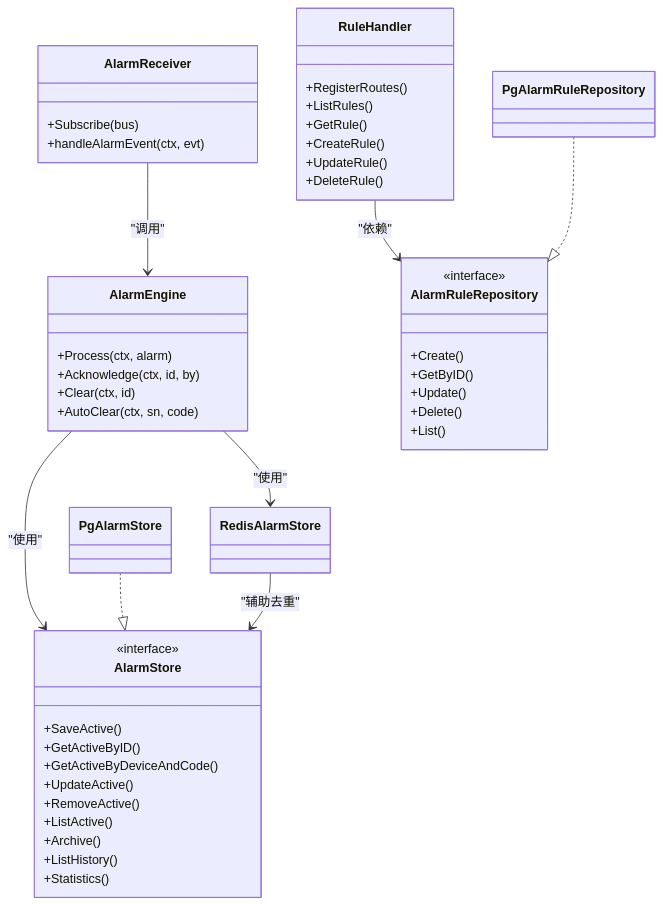
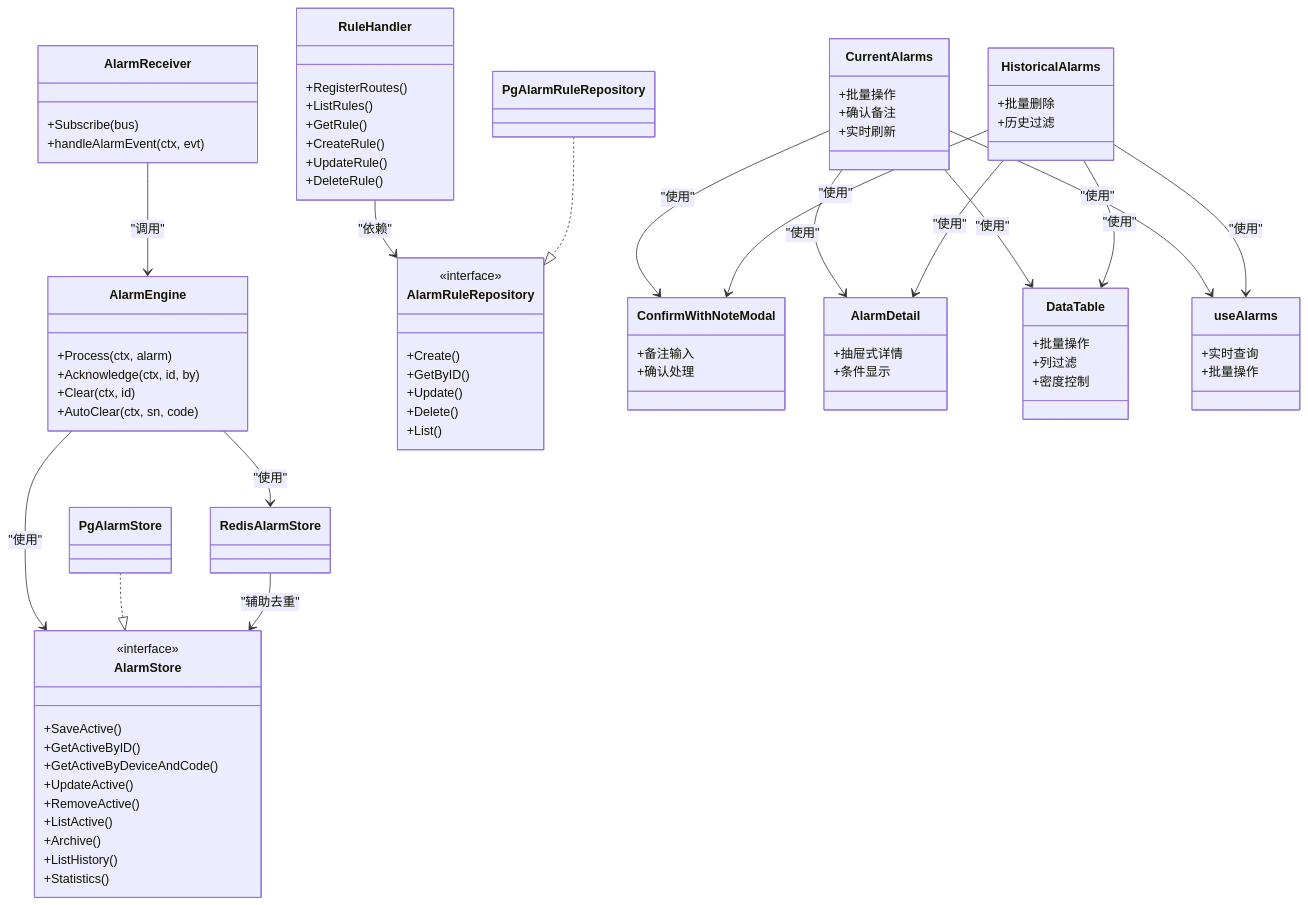
Before and after one commit to bixinhaner/xomc: the fifth of 5 diagrams in .qoder/repowiki/zh/content/核心模块/告警管理模块/告警管理模块.md, drawn with Mermaid. The commit also changed other lines of this file and 4 other files, not shown here.

````diff
--- a/.qoder/repowiki/zh/content/核心模块/告警管理模块/告警管理模块.md
+++ b/.qoder/repowiki/zh/content/核心模块/告警管理模块/告警管理模块.md
@@ -270,4 +424,38 @@
 RedisAlarmStore --> AlarmStore : "辅助去重"
 RuleHandler --> AlarmRuleRepository : "依赖"
 PgAlarmRuleRepository ..|> AlarmRuleRepository
+class CurrentAlarms {
++批量操作
++确认备注
++实时刷新
+}
+class HistoricalAlarms {
++批量删除
++历史过滤
+}
+class ConfirmWithNoteModal {
++备注输入
++确认处理
+}
+class AlarmDetail {
++抽屉式详情
++条件显示
+}
+class DataTable {
++批量操作
++列过滤
++密度控制
+}
+class useAlarms {
++实时查询
++批量操作
+}
+CurrentAlarms --> ConfirmWithNoteModal : "使用"
+CurrentAlarms --> AlarmDetail : "使用"
+HistoricalAlarms --> ConfirmWithNoteModal : "使用"
+HistoricalAlarms --> AlarmDetail : "使用"
+CurrentAlarms --> DataTable : "使用"
+HistoricalAlarms --> DataTable : "使用"
+CurrentAlarms --> useAlarms : "使用"
+HistoricalAlarms --> useAlarms : "使用"
 ```
````
